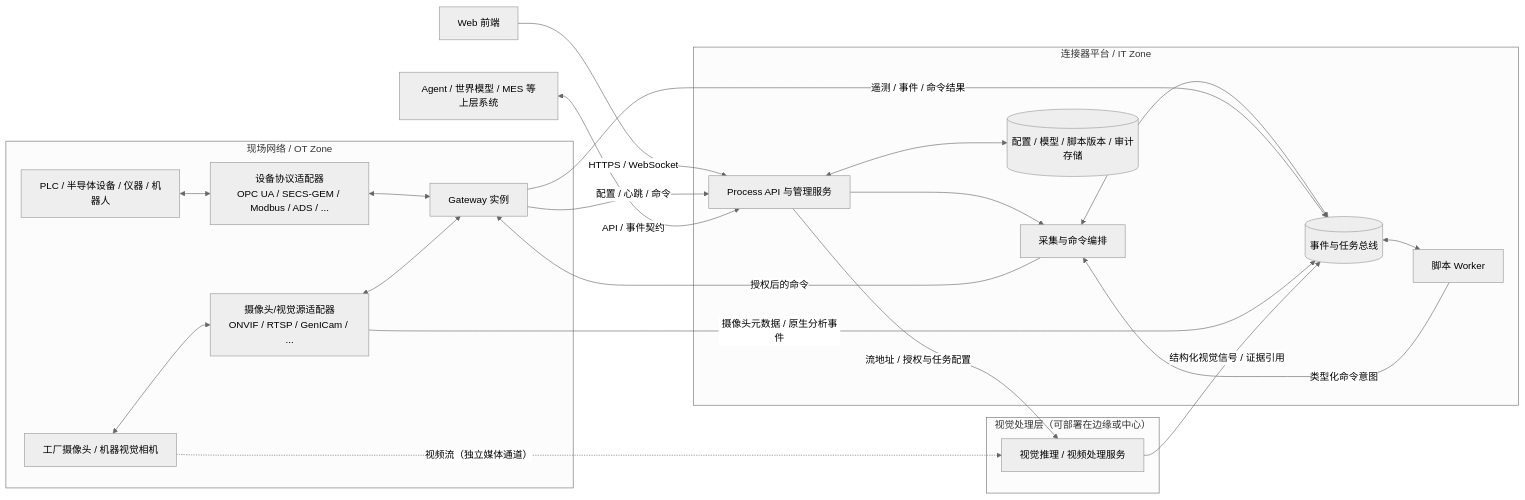
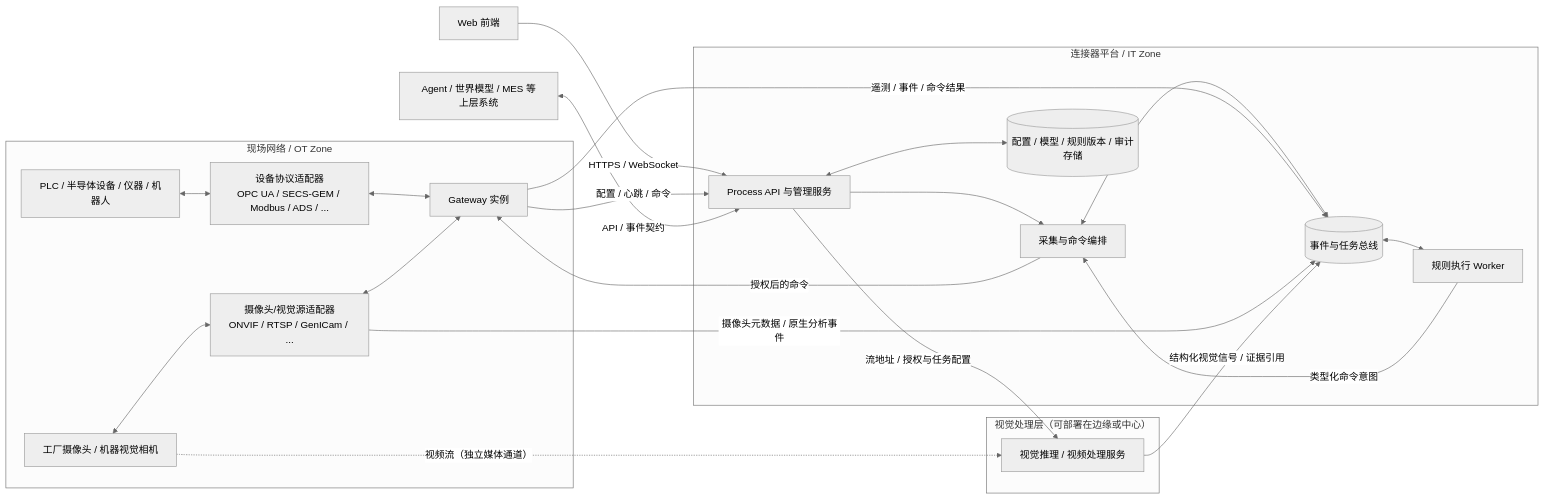
Before and after one commit to simulator-bot/industrial-automation-connectors: the first of 2 diagrams in docs/architecture/technical-design.md, drawn with Mermaid (neutral theme). The commit also changed other lines of this file and 1 other file, not shown here.

````diff
--- a/docs/architecture/technical-design.md
+++ b/docs/architecture/technical-design.md
@@ -50,39 +50,39 @@
 ```mermaid
 flowchart LR
     subgraph OT[现场网络 / OT Zone]
         D[PLC / 半导体设备 / 仪器 / 机器人]
         C[工厂摄像头 / 机器视觉相机]
         G[Gateway 实例]
         A[设备协议适配器<br/>OPC UA / SECS-GEM / Modbus / ADS / ...]
         CA[摄像头/视觉源适配器<br/>ONVIF / RTSP / GenICam / ...]
         D <--> A <--> G
         C <--> CA <--> G
     end
 
     subgraph Platform[连接器平台 / IT Zone]
         P[Process API 与管理服务]
         O[采集与命令编排]
-        S[脚本 Worker]
-        DB[(配置 / 模型 / 脚本版本 / 审计存储)]
+        S[规则执行 Worker]
+        DB[(配置 / 模型 / 规则版本 / 审计存储)]
         B[(事件与任务总线)]
         P --> O
         P <--> DB
         O <--> B
         B <--> S
     end
 
     subgraph Vision[视觉处理层（可部署在边缘或中心）]
         V[视觉推理 / 视频处理服务]
     end
 
     UI[Web 前端] -->|HTTPS / WebSocket| P
     G -->|配置 / 心跳 / 命令| P
     G -->|遥测 / 事件 / 命令结果| B
     C -. 视频流（独立媒体通道） .-> V
     CA -->|摄像头元数据 / 原生分析事件| B
     V -->|结构化视觉信号 / 证据引用| B
     P -->|流地址 / 授权与任务配置| V
     O -->|授权后的命令| G
     S -->|类型化命令意图| O
     AG[Agent / 世界模型 / MES 等上层系统] <-->|API / 事件契约| P
 ```
````
